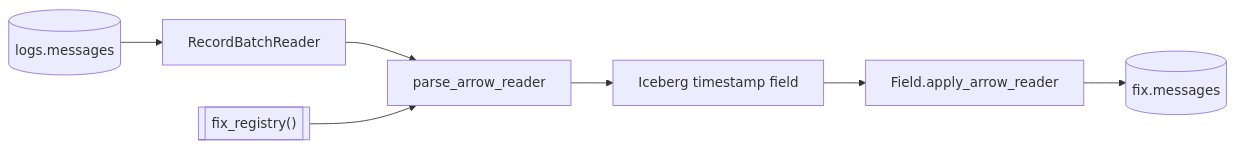
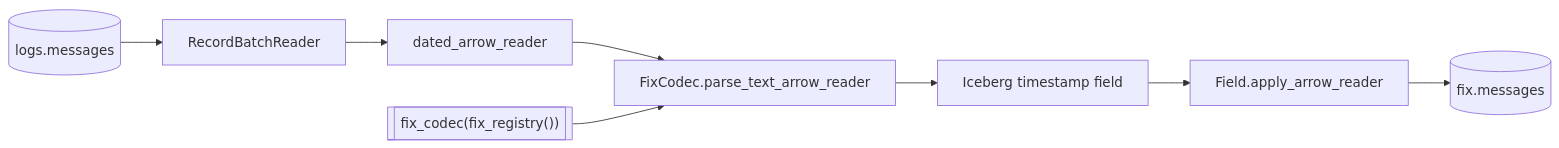
Before and after one commit to Platob/yggfin: the diagram in docs/pipeline/tasks/parse-fix.md, drawn with Mermaid. The commit also changed other lines of this file and 1768 other files, not shown here.

````diff
--- a/docs/pipeline/tasks/parse-fix.md
+++ b/docs/pipeline/tasks/parse-fix.md
@@ -39,9 +38,10 @@
 ```mermaid
 flowchart LR
     M[("logs.messages")] --> R["RecordBatchReader"]
-    R --> P["parse_arrow_reader"]
-    D[["fix_registry()"]] --> P
+    R --> T["dated_arrow_reader"]
+    T --> P["FixCodec.parse_text_arrow_reader"]
+    D[["fix_codec(fix_registry())"]] --> P
     P --> N["Iceberg timestamp field"]
     N --> A["Field.apply_arrow_reader"]
     A --> F[("fix.messages")]
 ```
````
